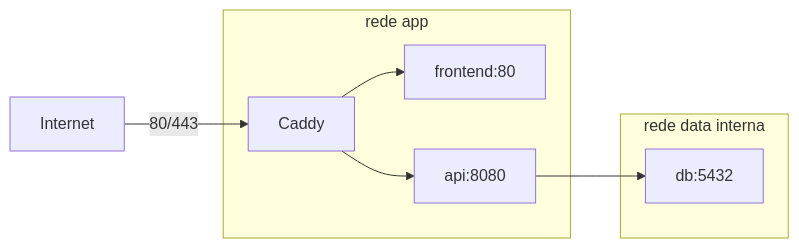
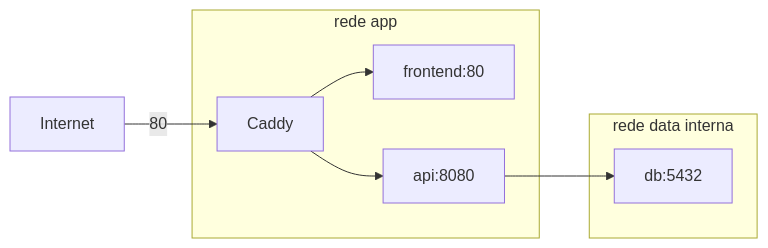
Before and after one commit to WilliamRochaJR/pay-flow: the diagram in deploy/README.md, drawn with Mermaid. The commit also changed other lines of this file and 28 other files, not shown here.

````diff
--- a/deploy/README.md
+++ b/deploy/README.md
@@ -6,13 +6,13 @@
 ```mermaid
 flowchart LR
-    Internet["Internet"] -->|"80/443"| Caddy
+    Internet["Internet"] -->|"80"| Caddy
 
     subgraph AppNetwork["rede app"]
         Caddy --> Frontend["frontend:80"]
         Caddy --> API["api:8080"]
     end
 
     subgraph DataNetwork["rede data interna"]
         API --> DB["db:5432"]
     end
 ```
````
